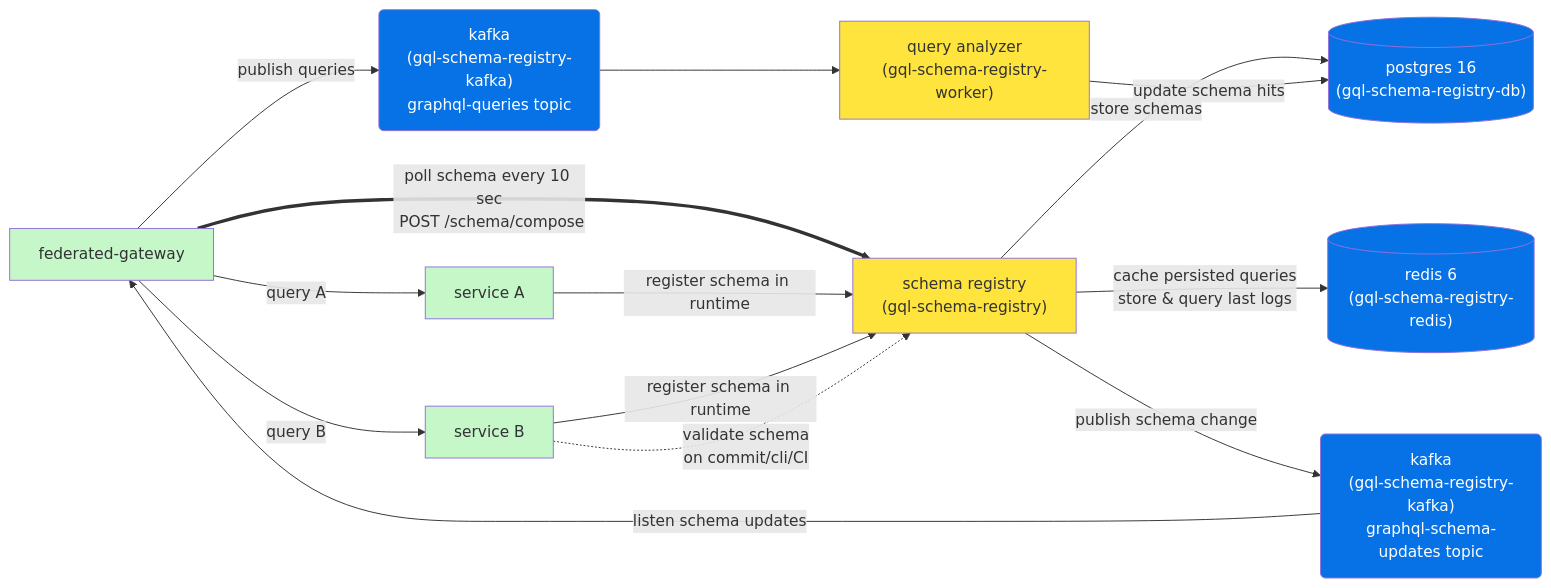
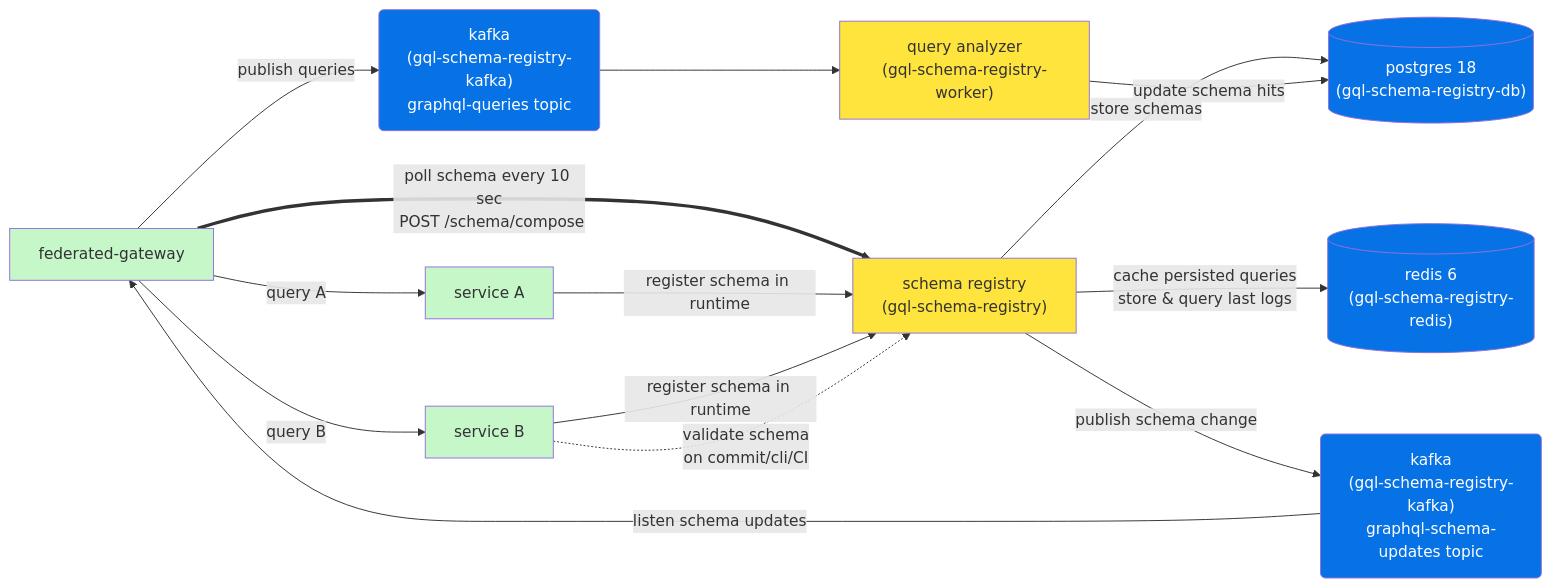
The first of 3 diagrams in README.md (tot-ra/graphql-schema-registry), drawn with Mermaid before and after one commit. The commit also changed other lines of this file and 2 other files, not shown here.

Commit message:
chore: bump Postgres runtime images to v18

````diff
--- a/README.md
+++ b/README.md
@@ -60,22 +60,22 @@
 ```mermaid
 flowchart LR
-    GW[federated-gateway] == poll schema every 10 sec\n POST /schema/compose ==> SR["schema registry\n(gql-schema-registry)"] -- store schemas --> DB[("postgres 16\n(gql-schema-registry-db)")]
+    GW[federated-gateway] == poll schema every 10 sec\n POST /schema/compose ==> SR["schema registry\n(gql-schema-registry)"] -- store schemas --> DB[("postgres 18\n(gql-schema-registry-db)")]
     SR -- cache persisted queries\nstore & query last logs --> R[("redis 6\n(gql-schema-registry-redis)")]
     SR -- publish schema change --> KF1("kafka\n(gql-schema-registry-kafka)\ngraphql-schema-updates topic") -- listen schema updates --> GW
     GW -- publish queries --> KF2("kafka\n(gql-schema-registry-kafka)\ngraphql-queries topic")
     KF2 --> QA["query analyzer\n(gql-schema-registry-worker)"]
     QA --update schema hits --> DB
     GW -- query A --> S1["service A"] -- register schema in runtime --> SR
     GW -- query B --> S2["service B"] -- register schema in runtime --> SR
     S2["service B"] -. validate schema \n on commit/cli/CI .-> SR
 
     style KF1 fill:#0672e6,color:white
     style KF2 fill:#0672e6,color:white
     style DB fill:#0672e6,color:white
     style R fill:#0672e6,color:white
     style SR fill:#ffe43e
     style QA fill:#ffe43e
     style GW fill:#c5f7c9
     style S1 fill:#c5f7c9
     style S2 fill:#c5f7c9
 ```
````
